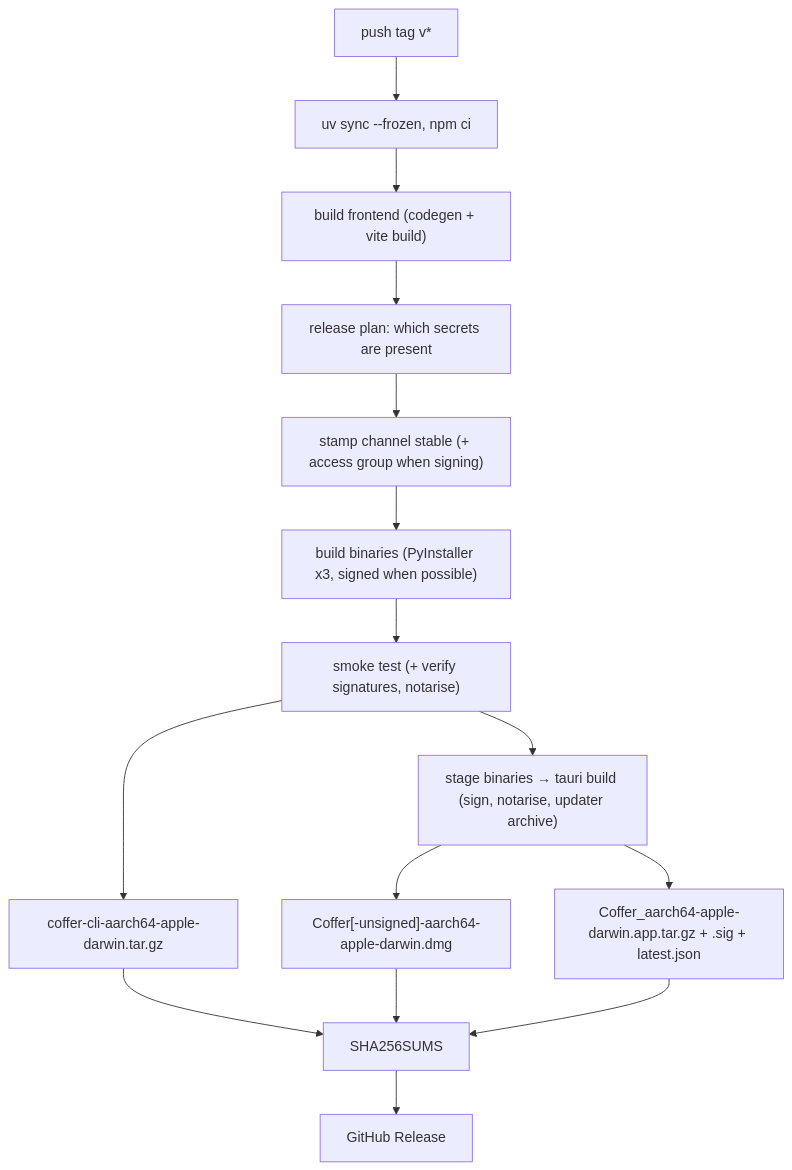
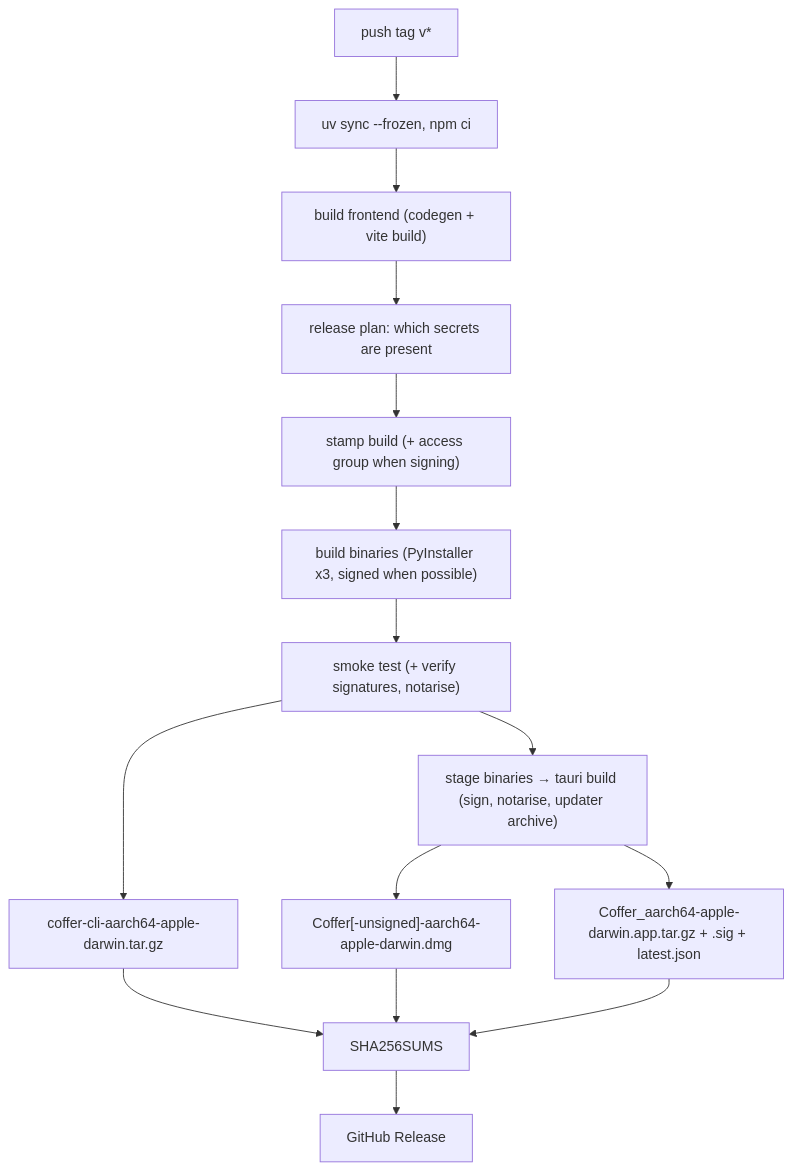
The first of 4 diagrams in docs-site/architecture/distribution.md (wyx-sg/Coffer), drawn with Mermaid before and after one commit. The commit also changed other lines of this file and 1487 other files, not shown here.

````diff
--- a/docs-site/architecture/distribution.md
+++ b/docs-site/architecture/distribution.md
@@ -62,17 +63,17 @@
 ```mermaid
 flowchart TD
     T["push tag v*"] --> I["uv sync --frozen, npm ci"]
     I --> F["build frontend (codegen + vite build)"]
     F --> P["release plan: which secrets are present"]
-    P --> S["stamp channel stable (+ access group when signing)"]
+    P --> S["stamp build (+ access group when signing)"]
     S --> B["build binaries (PyInstaller x3, signed when possible)"]
     B --> K["smoke test (+ verify signatures, notarise)"]
     K --> A["coffer-cli-aarch64-apple-darwin.tar.gz"]
     K --> D["stage binaries → tauri build (sign, notarise, updater archive)"]
     D --> G["Coffer[-unsigned]-aarch64-apple-darwin.dmg"]
     D --> U["Coffer_aarch64-apple-darwin.app.tar.gz + .sig + latest.json"]
     A --> H["SHA256SUMS"]
     G --> H
     U --> H
     H --> R["GitHub Release"]
 ```
````
